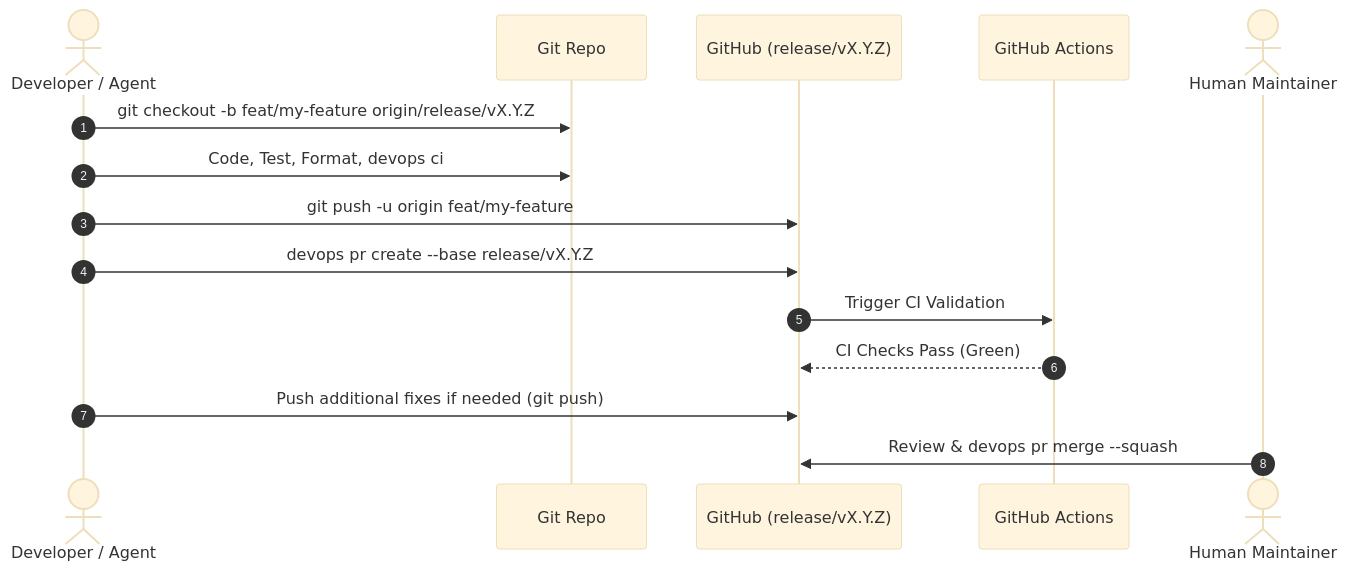
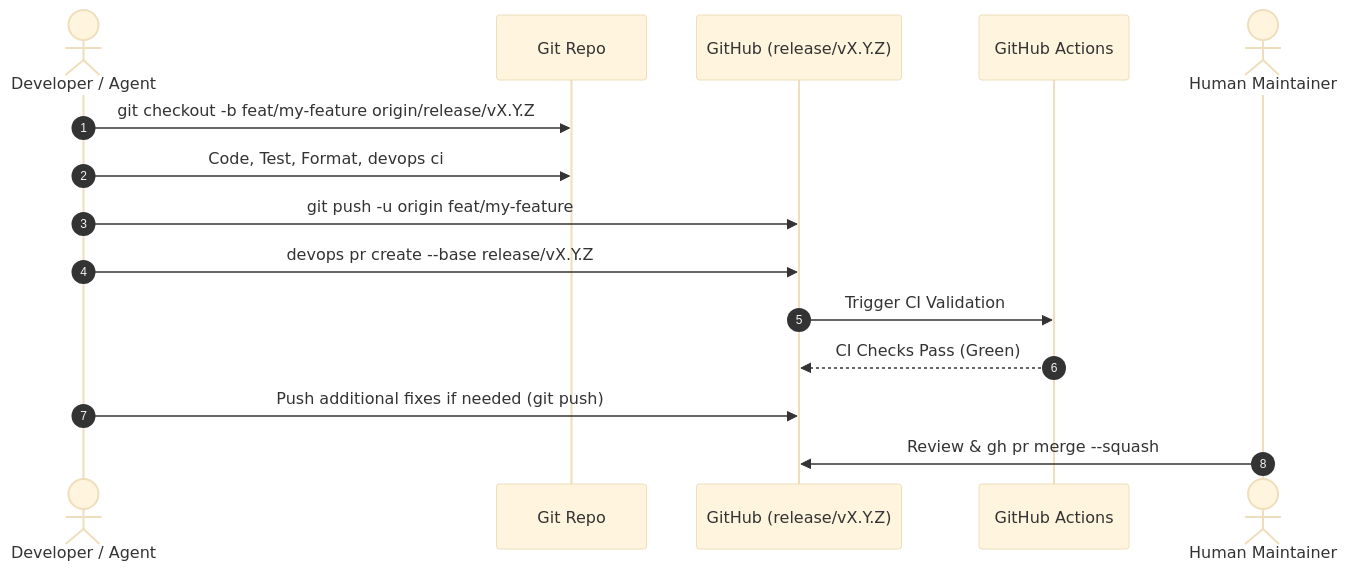
The second of 3 diagrams in docs/ROUTINE_TASKS.md (dan-petty/devops-cli), drawn with Mermaid (base theme) before and after one commit. The commit also changed other lines of this file and 191 other files, not shown here.

````diff
--- a/docs/ROUTINE_TASKS.md
+++ b/docs/ROUTINE_TASKS.md
@@ -168,18 +168,18 @@
 ```mermaid
 sequenceDiagram
     autonumber
     actor Dev as Developer / Agent
     participant Git as Git Repo
     participant Hub as GitHub (release/vX.Y.Z)
     participant CI as GitHub Actions
     actor Maintainer as Human Maintainer
 
     Dev->>Git: git checkout -b feat/my-feature origin/release/vX.Y.Z
     Dev->>Git: Code, Test, Format, devops ci
     Dev->>Hub: git push -u origin feat/my-feature
     Dev->>Hub: devops pr create --base release/vX.Y.Z
     Hub->>CI: Trigger CI Validation
     CI-->>Hub: CI Checks Pass (Green)
     Dev->>Hub: Push additional fixes if needed (git push)
-    Maintainer->>Hub: Review & devops pr merge --squash
+    Maintainer->>Hub: Review & gh pr merge --squash
 ```
````
